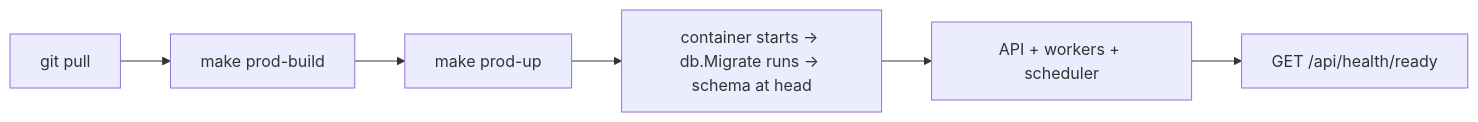
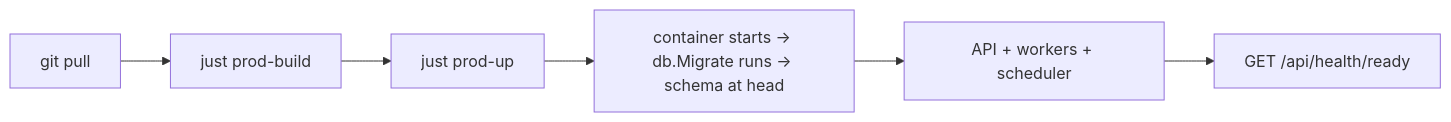
Before and after one commit to nonamecat19/job-finder: the third of 3 diagrams in docs/docs/operations/ci-cd.md, drawn with Mermaid. The commit also changed other lines of this file and 26 other files, not shown here.

````diff
--- a/docs/docs/operations/ci-cd.md
+++ b/docs/docs/operations/ci-cd.md
@@ -262,8 +262,8 @@
 ```mermaid
 flowchart LR
-    G["git pull"] --> B["make prod-build"]
-    B --> U["make prod-up"]
+    G["git pull"] --> B["just prod-build"]
+    B --> U["just prod-up"]
     U --> MIG["container starts → db.Migrate runs → schema at head"]
     MIG --> RUN["API + workers + scheduler"]
     RUN --> RDY["GET /api/health/ready"]
 ```
````
